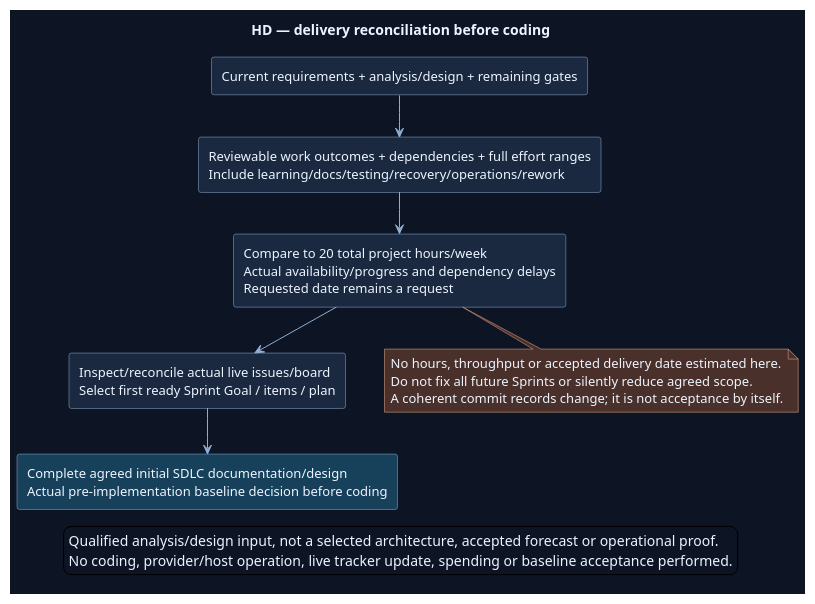
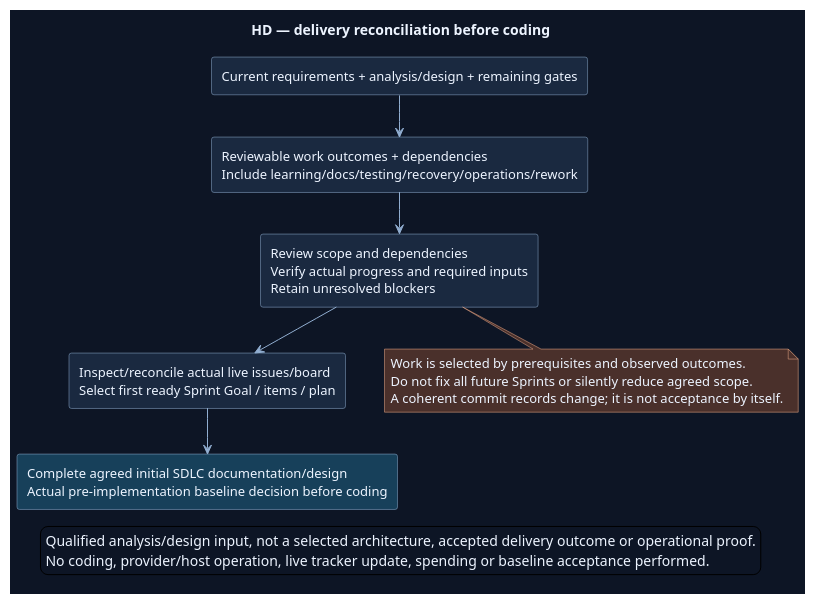
Before and after one commit to Farhad-V/Web-Resumefolio: the diagram in Docs/SDLC/03-System-Analysis/Diagrams/Handoff-Delivery-Reconciliation.puml, drawn with PlantUML. The commit also changed 34 other files, not shown here.

Commit message:
docs: align SDLC plans and diagrams with scope-driven delivery

```diff
--- a/Docs/SDLC/03-System-Analysis/Diagrams/Handoff-Delivery-Reconciliation.puml
+++ b/Docs/SDLC/03-System-Analysis/Diagrams/Handoff-Delivery-Reconciliation.puml
@@ -1,36 +1,36 @@
 @startuml
 ' OWNER-MVP-2026-11-04 review: Mixed MVP / future. Retained broader-product associations require explicit future node labels; MVP uses only core/basic ProjectForge.
 skinparam backgroundColor #0D1525
 skinparam defaultFontColor #EDF4FF
 skinparam defaultFontName Segoe UI
 skinparam defaultFontSize 13
 skinparam shadowing false
 skinparam ArrowColor #91AED1
 skinparam rectangleBackgroundColor #1A2940
 skinparam rectangleBorderColor #91AED1
 skinparam noteBackgroundColor #4A302B
 skinparam noteBorderColor #F1AD8A
 skinparam nodesep 38
 skinparam ranksep 42
 title HD — delivery reconciliation before coding
 top to bottom direction
 rectangle "Current requirements + analysis/design + remaining gates" as Inputs
-rectangle "Reviewable work outcomes + dependencies + full effort ranges\nInclude learning/docs/testing/recovery/operations/rework" as Work
-rectangle "Compare to 20 total project hours/week\nActual availability/progress and dependency delays\nRequested date remains a request" as Forecast
+rectangle "Reviewable work outcomes + dependencies\nInclude learning/docs/testing/recovery/operations/rework" as Work
+rectangle "Review scope and dependencies\nVerify actual progress and required inputs\nRetain unresolved blockers" as Forecast
 rectangle "Inspect/reconcile actual live issues/board\nSelect first ready Sprint Goal / items / plan" as Tracking
 rectangle "Complete agreed initial SDLC documentation/design\nActual pre-implementation baseline decision before coding" as Baseline #17405A
 Inputs --> Work
 Work --> Forecast
 Forecast --> Tracking
 Tracking --> Baseline
 note bottom of Forecast
-No hours, throughput or accepted delivery date estimated here.
+Work is selected by prerequisites and observed outcomes.
 Do not fix all future Sprints or silently reduce agreed scope.
 A coherent commit records change; it is not acceptance by itself.
 end note
 
 legend bottom
-Qualified analysis/design input, not a selected architecture, accepted forecast or operational proof.
+Qualified analysis/design input, not a selected architecture, accepted delivery outcome or operational proof.
 No coding, provider/host operation, live tracker update, spending or baseline acceptance performed.
 endlegend
 @enduml
```
